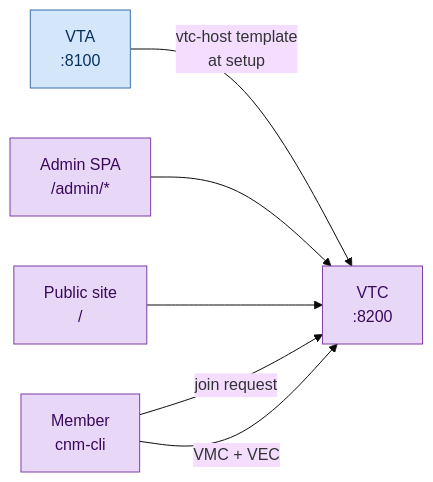
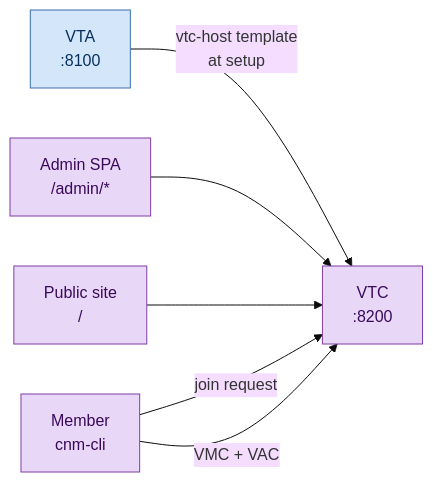
The first of 2 diagrams in docs/03-vtc/getting-started.md (OpenVTC/verifiable-trust-infrastructure), drawn with Mermaid (base theme) before and after one commit. The commit also changed other lines of this file and 46 other files, not shown here.

````diff
--- a/docs/03-vtc/getting-started.md
+++ b/docs/03-vtc/getting-started.md
@@ -10,19 +10,19 @@
 ```mermaid
 graph LR
     VTA[VTA<br/>:8100]
     VTC[VTC<br/>:8200]
     Admin[Admin SPA<br/>/admin/*]
     Public[Public site<br/>/]
     Member[Member<br/>cnm-cli]
 
     VTA -- vtc-host template<br/>at setup --> VTC
     Admin --> VTC
     Public --> VTC
     Member -->|join request| VTC
-    Member -->|VMC + VEC| VTC
+    Member -->|VMC + VAC| VTC
 
     classDef vta fill:#d4e6f9,stroke:#3a6fb0,color:#08305f
     classDef vtc fill:#e9d7f7,stroke:#7e3fa6,color:#3a0a5a
     class VTA vta
     class VTC,Admin,Public,Member vtc
 ```
````
